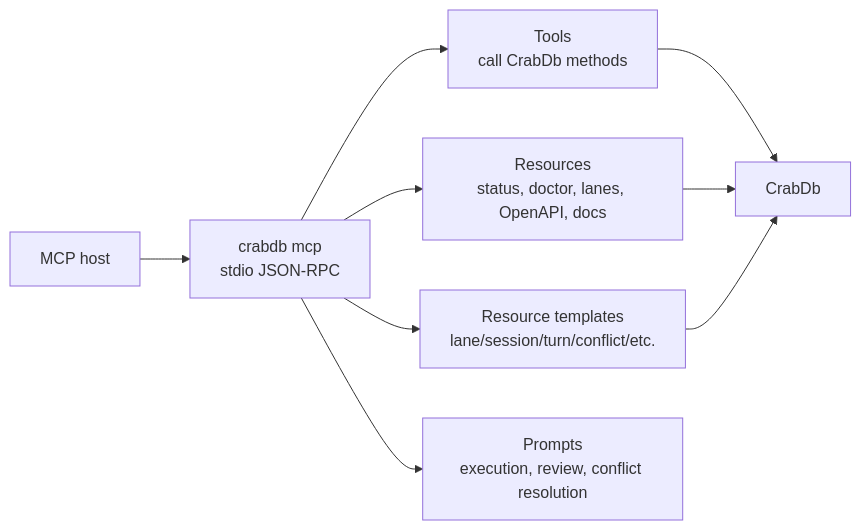
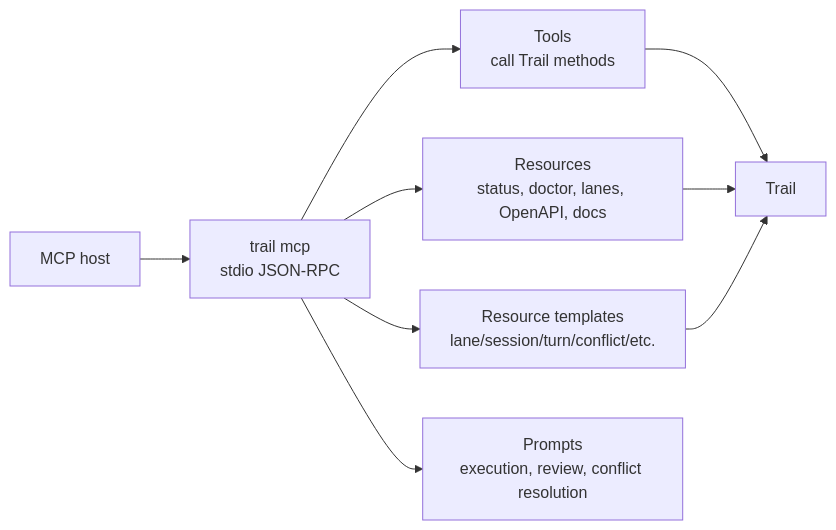
One commit to crabbuild/trail changed the fourth of 4 diagrams in docs/design/daemon-http-and-mcp.md. Above: the diagram before and after it, drawn with Mermaid. The commit also changed other lines of this file and 650 other files, not shown here.

Commit message:
chore: rename CrabDB to Trail

````diff
--- a/docs/design/daemon-http-and-mcp.md
+++ b/docs/design/daemon-http-and-mcp.md
@@ -373,16 +373,16 @@
 ```mermaid
 flowchart LR
     Host["MCP host"]
-    Server["crabdb mcp<br/>stdio JSON-RPC"]
-    Tools["Tools<br/>call CrabDb methods"]
+    Server["trail mcp<br/>stdio JSON-RPC"]
+    Tools["Tools<br/>call Trail methods"]
     Resources["Resources<br/>status, doctor, lanes, OpenAPI, docs"]
     Templates["Resource templates<br/>lane/session/turn/conflict/etc."]
     Prompts["Prompts<br/>execution, review, conflict resolution"]
-    DB["CrabDb"]
+    DB["Trail"]
 
     Host --> Server
     Server --> Tools --> DB
     Server --> Resources --> DB
     Server --> Templates --> DB
     Server --> Prompts
 ```
````
